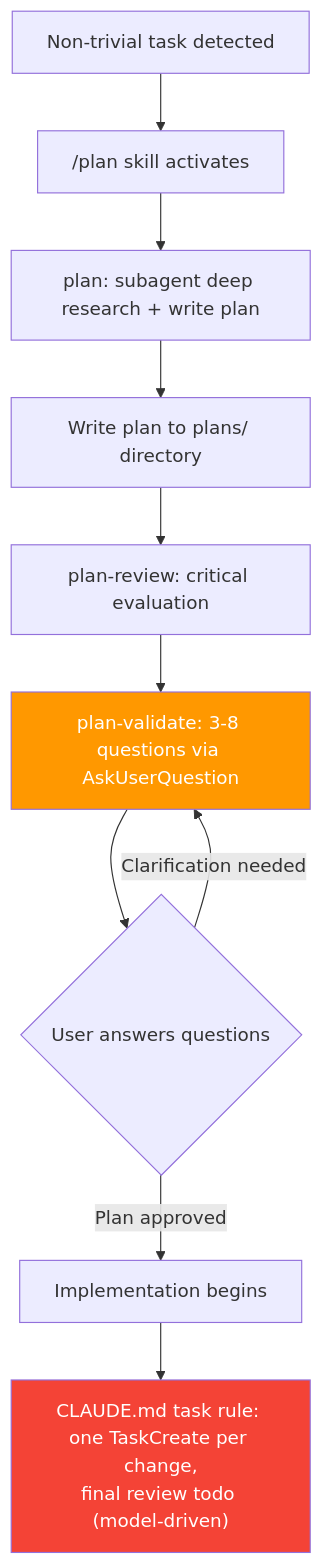
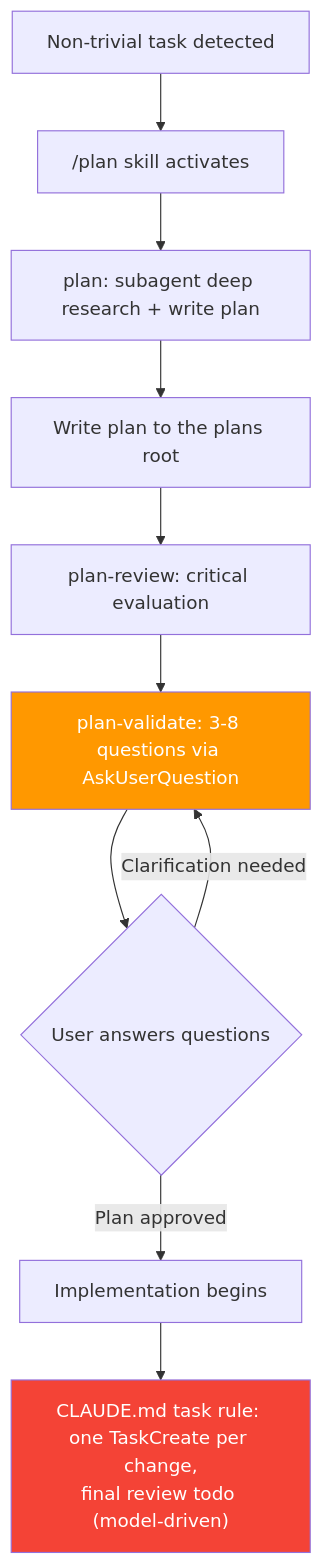
Diagram 11 of 20 in .claude/docs/claude-ai-agent-framework-guide.md (duc01226/easy-claude), drawn with Mermaid before and after one commit. The commit also changed other lines of this file and 516 other files, not shown here.

````diff
--- a/.claude/docs/claude-ai-agent-framework-guide.md
+++ b/.claude/docs/claude-ai-agent-framework-guide.md
@@ -1095,18 +1112,18 @@
 ```mermaid
 flowchart TB
     A["Non-trivial task detected"] --> B["/plan skill activates"]
     B --> C["plan: subagent deep research + write plan"]
 
-    C --> F["Write plan to plans/ directory"]
+    C --> F["Write plan to the plans root"]
     F --> G["plan-review: critical evaluation"]
     G --> H["plan-validate: 3-8 questions via AskUserQuestion"]
 
     H --> I{"User answers questions"}
     I -->|"Clarification needed"| H
     I -->|"Plan approved"| J["Implementation begins"]
 
     J --> K["CLAUDE.md task rule: one TaskCreate per change,<br/>final review todo (model-driven)"]
 
     style H fill:#FF9800,color:white
     style K fill:#f44336,color:white
 ```
````
